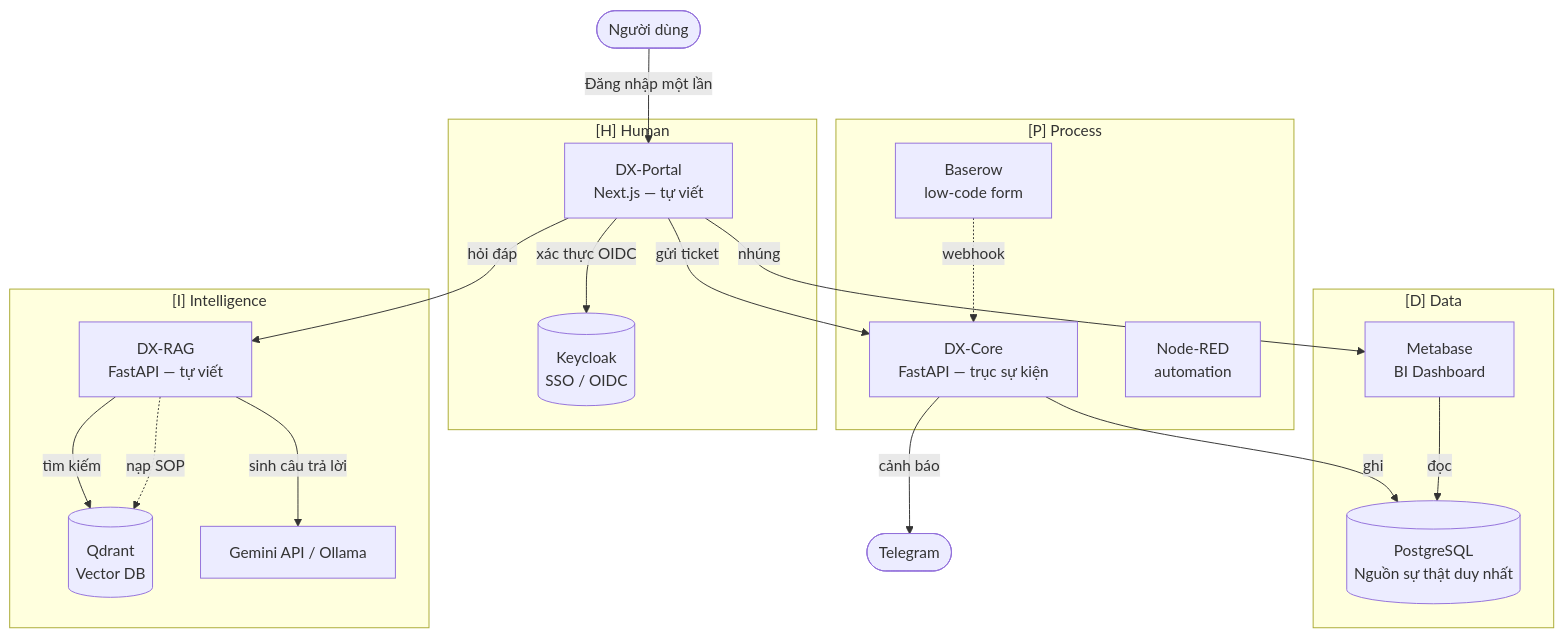
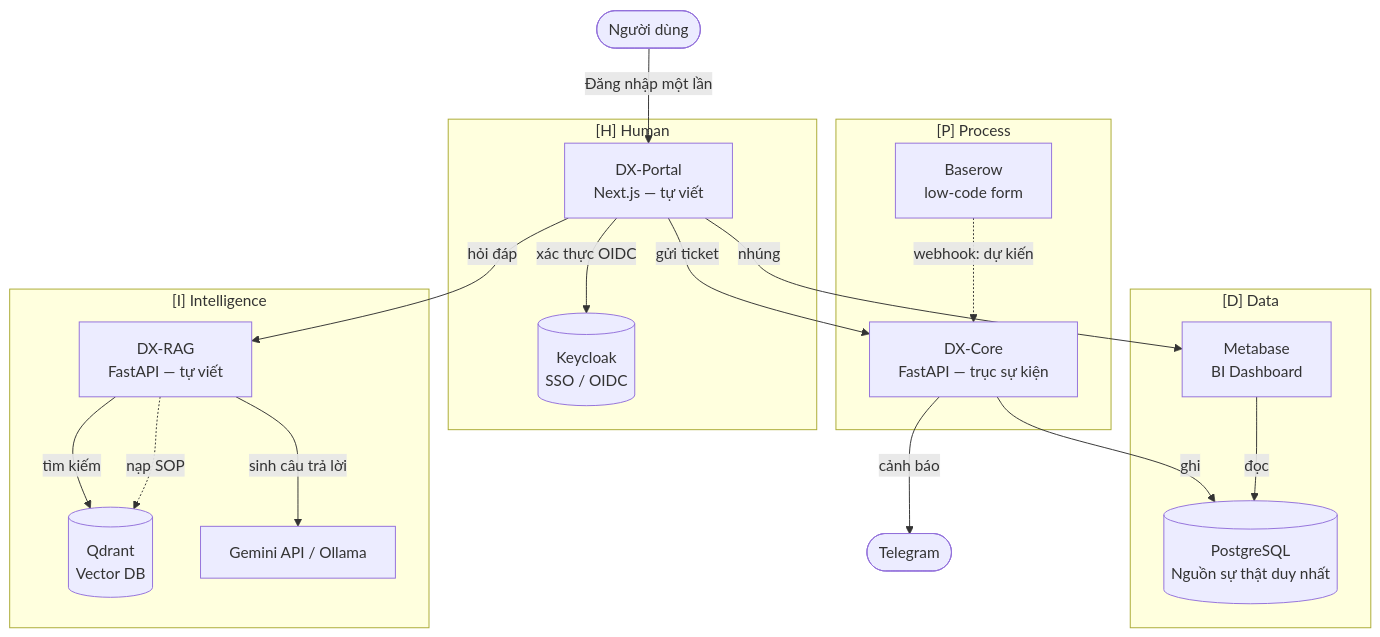
The first of 3 diagrams in docs/kien-truc.md (quangphuong19042005-sketch/dx-lab-olp2026), drawn with Mermaid before and after one commit. The commit also changed other lines of this file and 3 other files, not shown here.

````diff
--- a/docs/kien-truc.md
+++ b/docs/kien-truc.md
@@ -28,40 +31,39 @@
 ```mermaid
 flowchart TB
     User([Người dùng]) -->|Đăng nhập một lần| Portal
 
     subgraph H["[H] Human"]
         Keycloak[(Keycloak<br/>SSO / OIDC)]
         Portal[DX-Portal<br/>Next.js — tự viết]
     end
 
     subgraph P["[P] Process"]
         Core[DX-Core<br/>FastAPI — trục sự kiện]
         Baserow[Baserow<br/>low-code form]
-        NodeRED[Node-RED<br/>automation]
     end
 
     subgraph D["[D] Data"]
         PG[(PostgreSQL<br/>Nguồn sự thật duy nhất)]
         Metabase[Metabase<br/>BI Dashboard]
     end
 
     subgraph I["[I] Intelligence"]
         RAG[DX-RAG<br/>FastAPI — tự viết]
         Qdrant[(Qdrant<br/>Vector DB)]
         LLM[Gemini API / Ollama]
     end
 
     Portal -->|xác thực OIDC| Keycloak
     Portal -->|gửi ticket| Core
     Portal -->|hỏi đáp| RAG
     Portal -->|nhúng| Metabase
 
     Core -->|ghi| PG
     Core -->|cảnh báo| Alert([Telegram])
-    Baserow -.webhook.-> Core
+    Baserow -.webhook: dự kiến.-> Core
     Metabase -->|đọc| PG
 
     RAG -->|tìm kiếm| Qdrant
     RAG -->|sinh câu trả lời| LLM
     RAG -.nạp SOP.-> Qdrant
 ```
````
